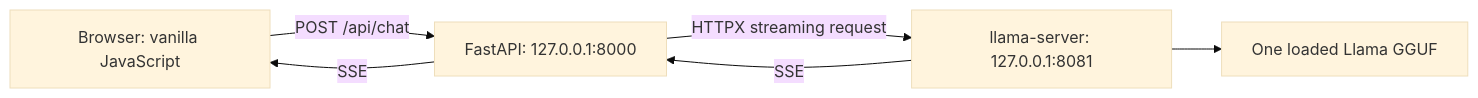
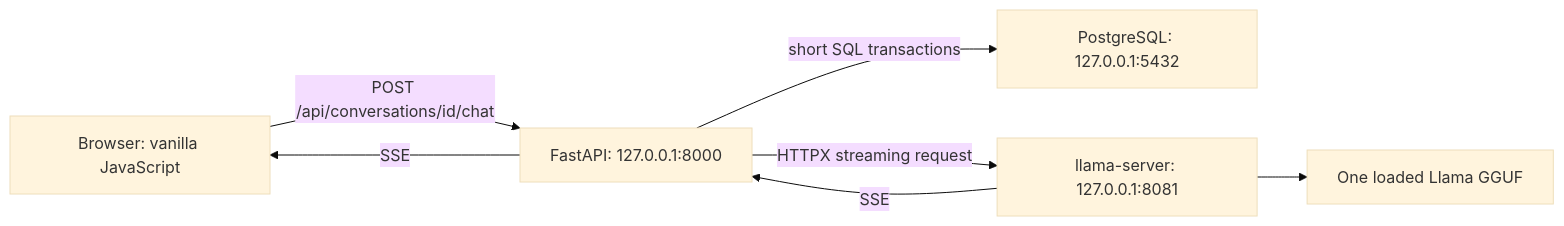
Before and after one commit to tommy-thinh/llama-inference: the diagram in docs/04-fastapi-architecture.md, drawn with Mermaid (base theme). The commit also changed other lines of this file and 37 other files, not shown here.

````diff
--- a/docs/04-fastapi-architecture.md
+++ b/docs/04-fastapi-architecture.md
@@ -6,8 +6,9 @@
 ```mermaid
 flowchart LR
-    B[Browser: vanilla JavaScript] -->|POST /api/chat| A[FastAPI: 127.0.0.1:8000]
+    B[Browser: vanilla JavaScript] -->|POST /api/conversations/id/chat| A[FastAPI: 127.0.0.1:8000]
+    A -->|short SQL transactions| D[PostgreSQL: 127.0.0.1:5432]
     A -->|HTTPX streaming request| L[llama-server: 127.0.0.1:8081]
     L --> M[One loaded Llama GGUF]
     L -->|SSE| A
     A -->|SSE| B
 ```
````
